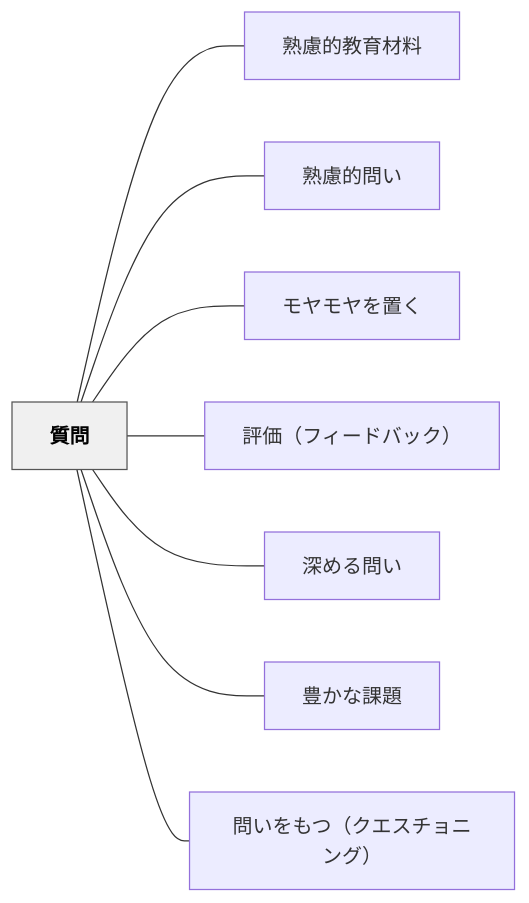
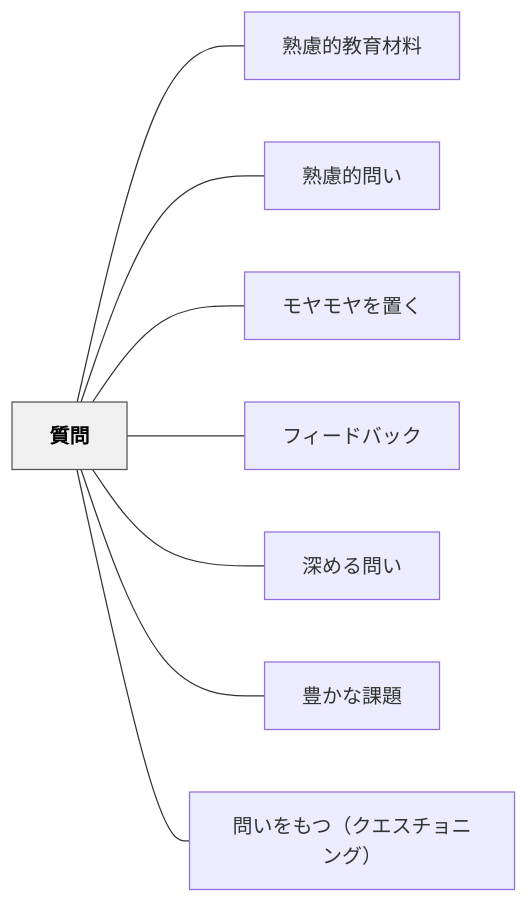
One commit to unknownthings-ed-patterns/unknownthings-ed-patterns changed the diagram in content/パタン/質問.md. Above: the diagram before and after it, drawn with Mermaid. The commit also changed other lines of this file and 2 other files, not shown here.

Commit message:
auto: Obsidianから同期 2026-06-13 15:47

````diff
--- a/content/パタン/質問.md
+++ b/content/パタン/質問.md
@@ -48,22 +48,22 @@
 ```mermaid
 flowchart LR
     ne8b3aae5958f["質問"]
     ne7869fe685aee79a84e69599e882b2e69d90e69699["熟慮的教育材料"]
     ne7869fe685aee79a84e5958fe38184["熟慮的問い"]
     ne383a2e383a4e383a2e383a4e38292e7bdaee3818f["モヤモヤを置く"]
-    ne8a995e4bea1efbc88e38395e382a3e383bce38389e38390e38383e382afefbc89["評価（フィードバック）"]
+    ne38395e382a3e383bce38389e38390e38383e382af["フィードバック"]
     ne6b7b1e38281e3828be5958fe38184["深める問い"]
     ne8b18ae3818be381aae8aab2e9a18c["豊かな課題"]
     ne5958fe38184e38292e38282e381a4efbc88e382afe382a8e382b9e38381e383a7e3838be383b3e382b0efbc89["問いをもつ（クエスチョニング）"]
 
     ne8b3aae5958f --- ne7869fe685aee79a84e69599e882b2e69d90e69699
     ne8b3aae5958f --- ne7869fe685aee79a84e5958fe38184
     ne8b3aae5958f --- ne383a2e383a4e383a2e383a4e38292e7bdaee3818f
-    ne8b3aae5958f --- ne8a995e4bea1efbc88e38395e382a3e383bce38389e38390e38383e382afefbc89
+    ne8b3aae5958f --- ne38395e382a3e383bce38389e38390e38383e382af
     ne8b3aae5958f --- ne6b7b1e38281e3828be5958fe38184
     ne8b3aae5958f --- ne8b18ae3818be381aae8aab2e9a18c
     ne8b3aae5958f --- ne5958fe38184e38292e38282e381a4efbc88e382afe382a8e382b9e38381e383a7e3838be383b3e382b0efbc89
 
     classDef hub fill:#f0f0f0,stroke:#555,color:#000,font-weight:bold
     class ne8b3aae5958f hub
 ```
````
